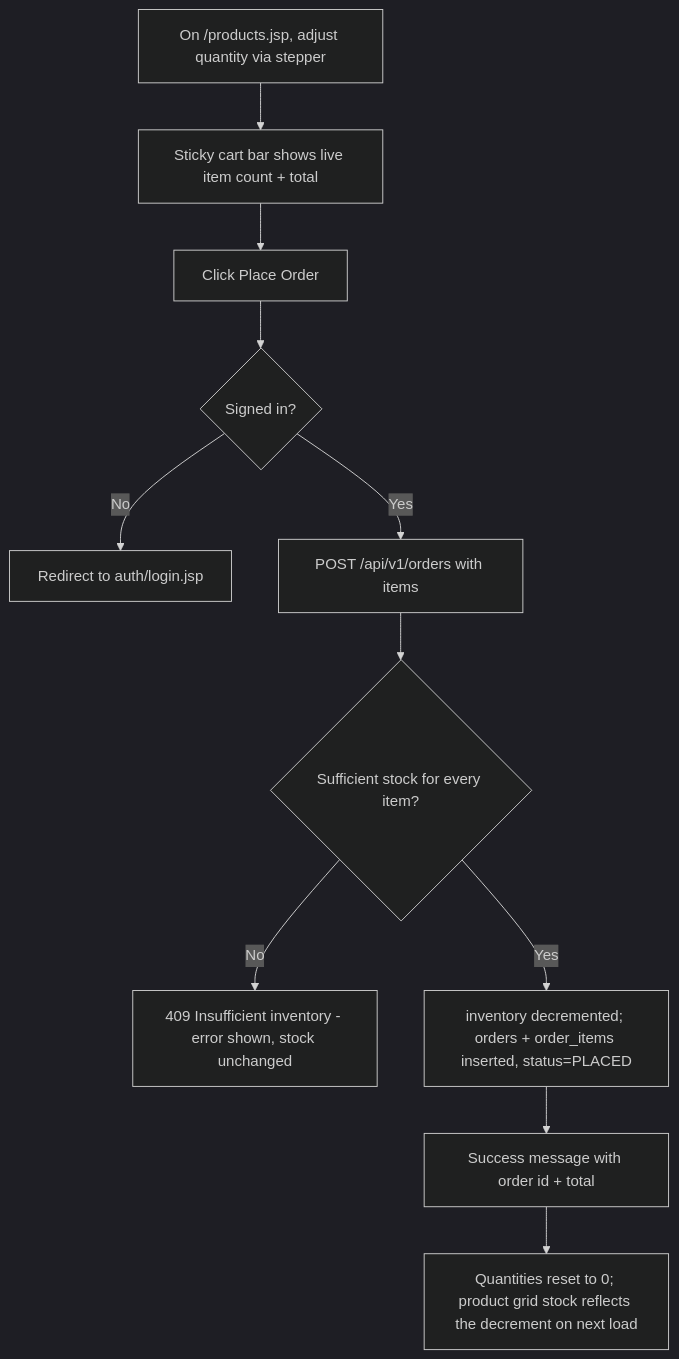
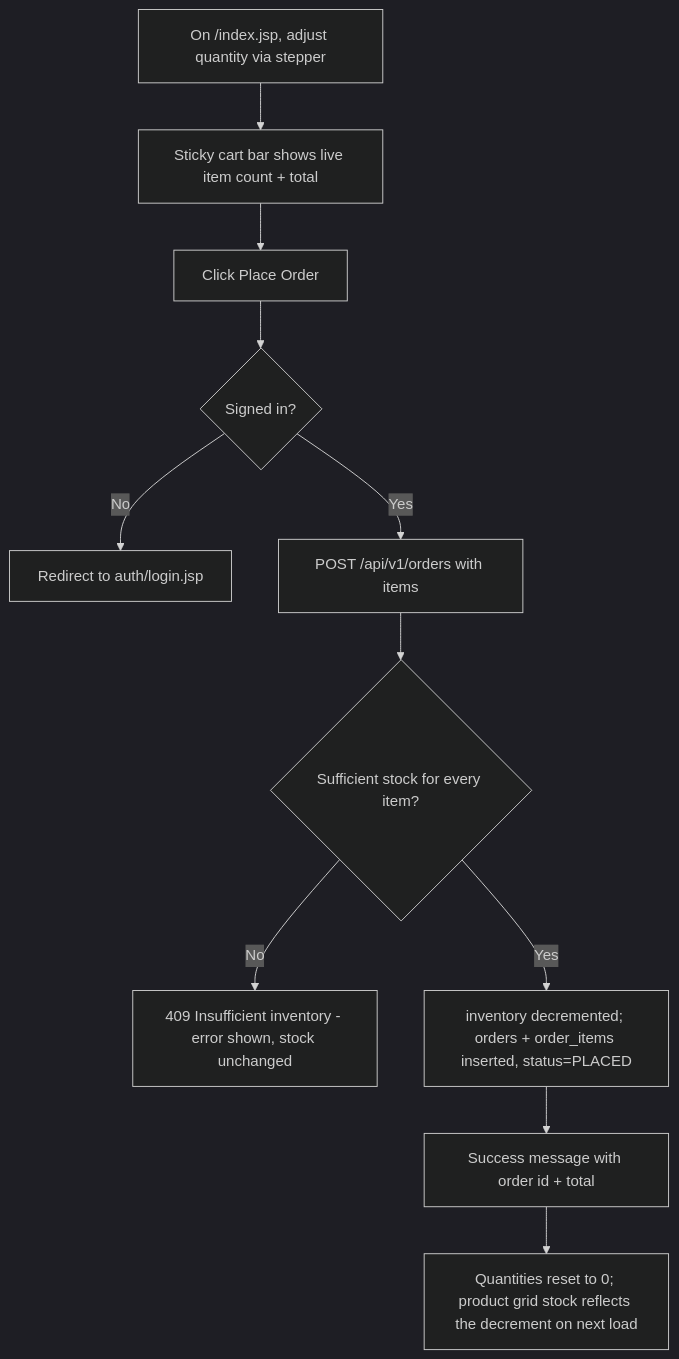
Before and after one commit to wishva-kalhara/GlobalTradeLogistics: the fourth of 24 diagrams in .no-build/docs/E2E_FLOWS.md, drawn with Mermaid (dark theme). The commit also changed other lines of this file and 5 other files, not shown here.

Commit message:
Add End-to-End Flow Diagrams and Test Plan Documentation

````diff
--- a/.no-build/docs/E2E_FLOWS.md
+++ b/.no-build/docs/E2E_FLOWS.md
@@ -60,13 +60,13 @@
 ```mermaid
 flowchart TD
-    A[On /products.jsp, adjust quantity via stepper] --> B[Sticky cart bar shows live item count + total]
+    A[On /index.jsp, adjust quantity via stepper] --> B[Sticky cart bar shows live item count + total]
     B --> C[Click Place Order]
     C --> D{Signed in?}
     D -- No --> E[Redirect to auth/login.jsp]
     D -- Yes --> F[POST /api/v1/orders with items]
     F --> G{Sufficient stock for every item?}
     G -- No --> H[409 Insufficient inventory - error shown, stock unchanged]
     G -- Yes --> I[inventory decremented; orders + order_items inserted, status=PLACED]
     I --> J[Success message with order id + total]
     J --> K[Quantities reset to 0; product grid stock reflects the decrement on next load]
 ```
````
